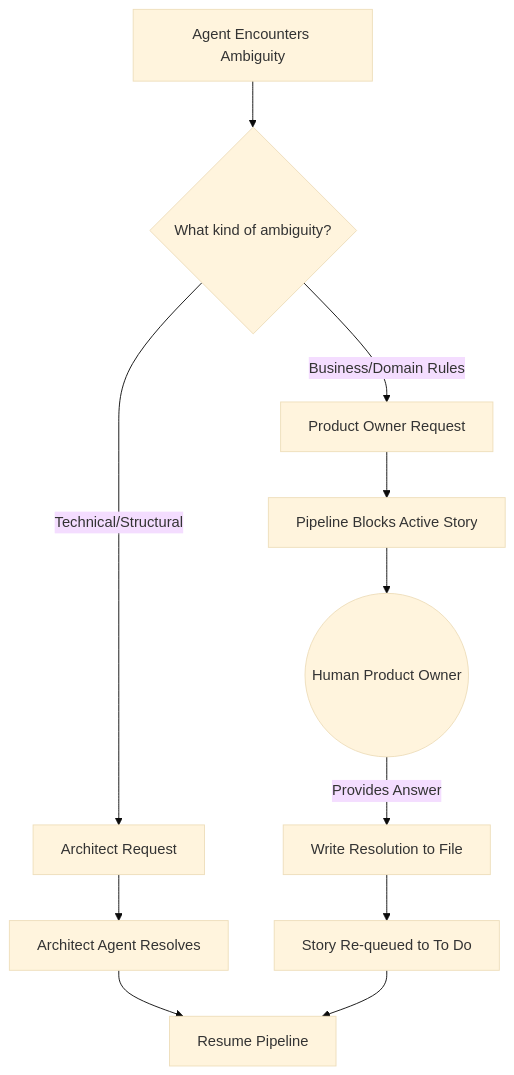
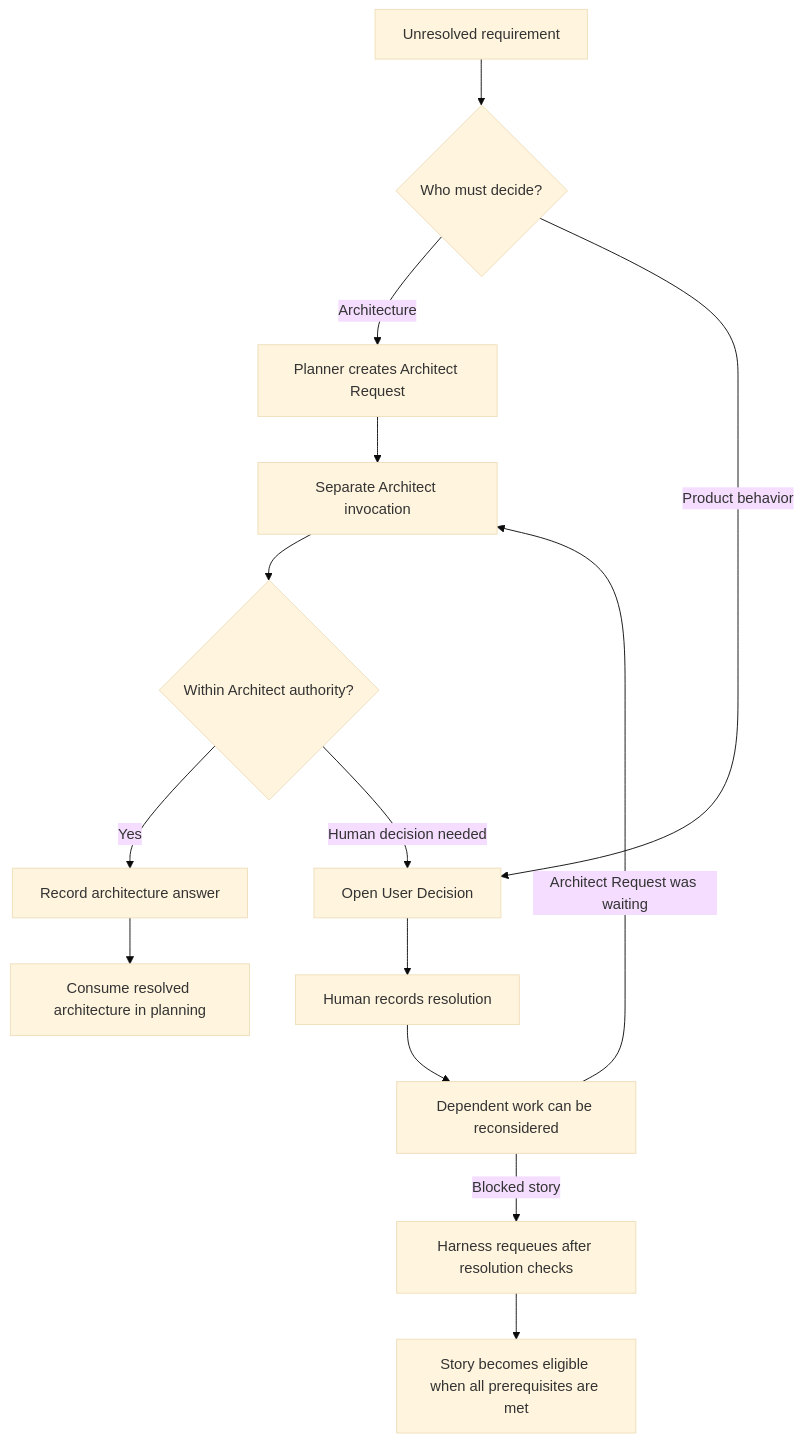
Before and after one commit to Nebettadjsr/GW2: the third of 3 diagrams in agent/docs/WORKFLOW_DIAGRAMS.md, drawn with Mermaid (base theme). The commit also changed other lines of this file and 4 other files, not shown here.

````diff
--- a/agent/docs/WORKFLOW_DIAGRAMS.md
+++ b/agent/docs/WORKFLOW_DIAGRAMS.md
@@ -79,15 +87,16 @@
 ```mermaid
 flowchart TD
-    A[Agent Encounters Ambiguity] --> B{What kind of ambiguity?}
-
-    B -->|Technical/Structural| C[Architect Request]
-    C --> D[Architect Agent Resolves]
-    D --> E[Resume Pipeline]
-
-    B -->|Business/Domain Rules| F[Product Owner Request]
-    F --> G[Pipeline Blocks Active Story]
-    G --> H((Human Product Owner))
-    H -->|Provides Answer| I[Write Resolution to File]
-    I --> J[Story Re-queued to To Do]
-    J --> E
+    A[Unresolved requirement] --> B{Who must decide?}
+    B -->|Architecture| C[Planner creates Architect Request]
+    C --> D[Separate Architect invocation]
+    D --> E{Within Architect authority?}
+    E -->|Yes| F[Record architecture answer]
+    E -->|Human decision needed| G[Open User Decision]
+    B -->|Product behavior| G
+    G --> H[Human records resolution]
+    H --> I[Dependent work can be reconsidered]
+    I -->|Architect Request was waiting| D
+    F --> J[Consume resolved architecture in planning]
+    I -->|Blocked story| K[Harness requeues after resolution checks]
+    K --> L[Story becomes eligible when all prerequisites are met]
 ```
````
